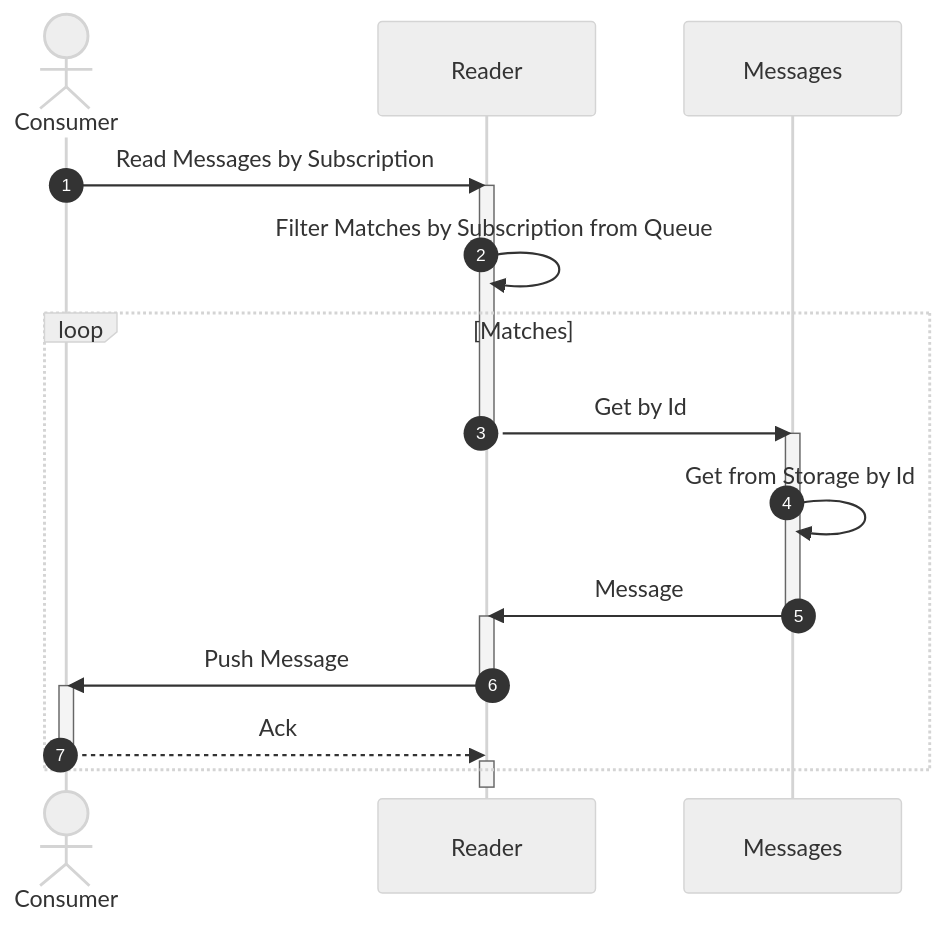
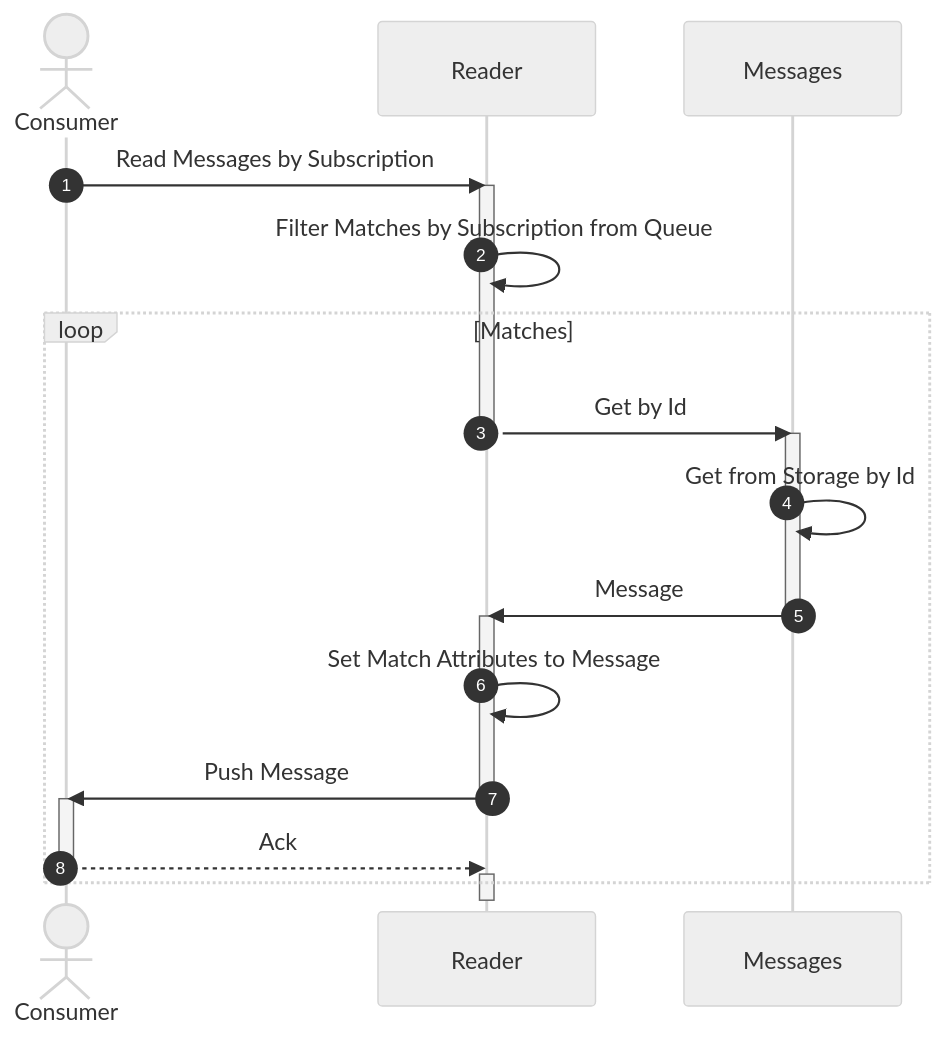
One commit to awakari/.github changed the second of 2 diagrams in profile/README.md. Above: the diagram before and after it, drawn with Mermaid.

Commit message:
readme update

````diff
--- a/profile/README.md
+++ b/profile/README.md
@@ -206,37 +206,38 @@
 ```mermaid
 %%{init: {'theme': 'neutral' } }%%
 sequenceDiagram
 
     autonumber
 
     actor Consumer
     participant Reader
     participant Messages
 
     Consumer->>Reader: Read Messages by Subscription
 
     activate Reader
     Reader->>Reader: Filter Matches by Subscription from Queue
     loop Matches
 
         Reader->>Messages: Get by Id
         deactivate Reader
     
         activate Messages
         Messages->>Messages: Get from Storage by Id
         Messages->>Reader: Message
         deactivate Messages
         
         activate Reader
+        Reader->>Reader: Set Match Attributes to Message
         Reader->>Consumer: Push Message
         deactivate Reader
 
         activate Consumer
         Consumer-->>Reader: Ack
         deactivate Consumer
         
         activate Reader
     
     end
     deactivate Reader
 ```
````
